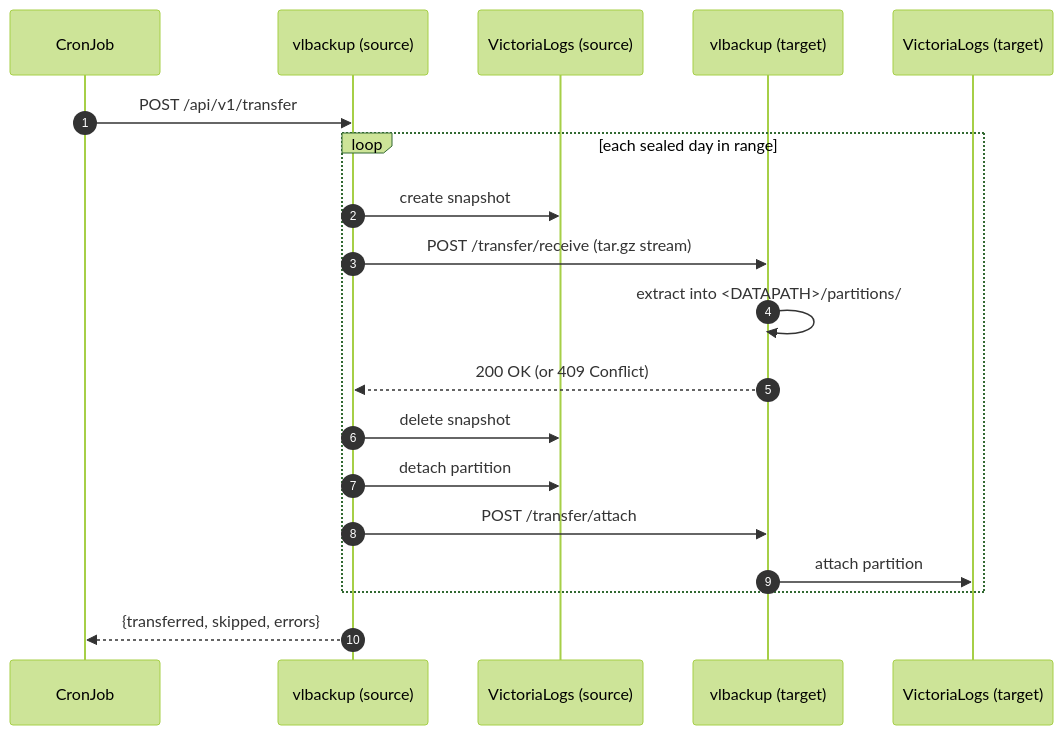
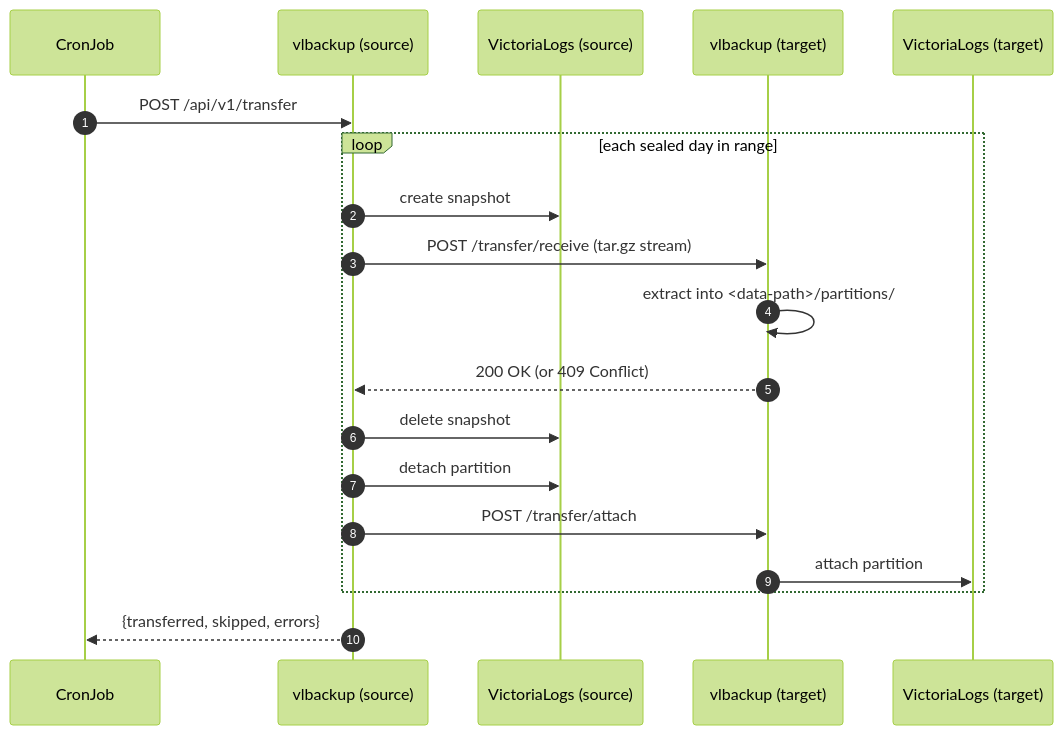
Before and after one commit to sbordeyne/vlbackup: the diagram in docs/user-guide/partition-transfer.md, drawn with Mermaid (forest theme). The commit also changed other lines of this file and 13 other files, not shown here.

````diff
--- a/docs/user-guide/partition-transfer.md
+++ b/docs/user-guide/partition-transfer.md
@@ -11,22 +11,22 @@
 ```mermaid
 sequenceDiagram
     autonumber
     participant Cron as CronJob
     participant Src as vlbackup (source)
     participant SrcVL as VictoriaLogs (source)
     participant Tgt as vlbackup (target)
     participant TgtVL as VictoriaLogs (target)
 
     Cron->>Src: POST /api/v1/transfer
     loop each sealed day in range
         Src->>SrcVL: create snapshot
         Src->>Tgt: POST /transfer/receive (tar.gz stream)
-        Tgt->>Tgt: extract into <DATAPATH>/partitions/
+        Tgt->>Tgt: extract into <data-path>/partitions/
         Tgt-->>Src: 200 OK (or 409 Conflict)
         Src->>SrcVL: delete snapshot
         Src->>SrcVL: detach partition
         Src->>Tgt: POST /transfer/attach
         Tgt->>TgtVL: attach partition
     end
     Src-->>Cron: {transferred, skipped, errors}
 ```
````
